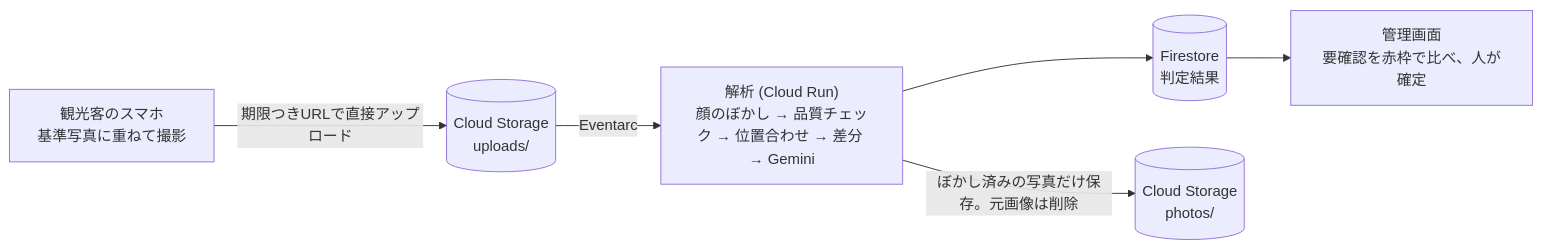
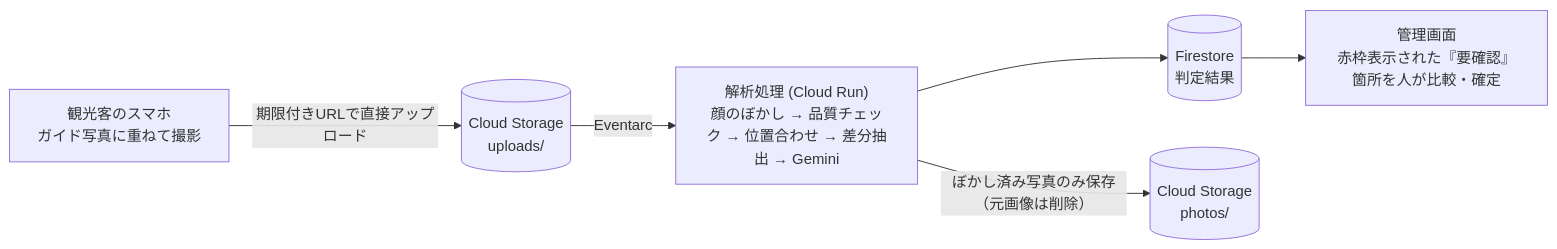
One commit to Devfest-Hackathon-2026/df-2026-t012 changed the diagram in README.md. Above: the diagram before and after it, drawn with Mermaid. The commit also changed other lines of this file, not shown here.

````diff
--- a/README.md
+++ b/README.md
@@ -34,8 +32,9 @@
 ```mermaid
 flowchart LR
-  A["観光客のスマホ<br/>基準写真に重ねて撮影"] -->|期限つきURLで直接アップロード| B[(Cloud Storage<br/>uploads/)]
-  B -->|Eventarc| C["解析 (Cloud Run)<br/>顔のぼかし → 品質チェック → 位置合わせ → 差分 → Gemini"]
+  A["観光客のスマホ<br/>ガイド写真に重ねて撮影"] -->|期限付きURLで直接アップロード| B[(Cloud Storage<br/>uploads/)]
+  B -->|Eventarc| C["解析処理 (Cloud Run)<br/>顔のぼかし → 品質チェック → 位置合わせ → 差分抽出 → Gemini"]
   C --> D[(Firestore<br/>判定結果)]
-  C -->|ぼかし済みの写真だけ保存。元画像は削除| E[(Cloud Storage<br/>photos/)]
-  D --> F["管理画面<br/>要確認を赤枠で比べ、人が確定"]
+  C -->|ぼかし済み写真のみ保存（元画像は削除）| E[(Cloud Storage<br/>photos/)]
+  D --> F["管理画面<br/>赤枠表示された『要確認』箇所を人が比較・確定"]
+
 ```
````
